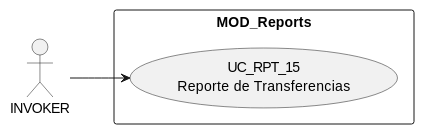
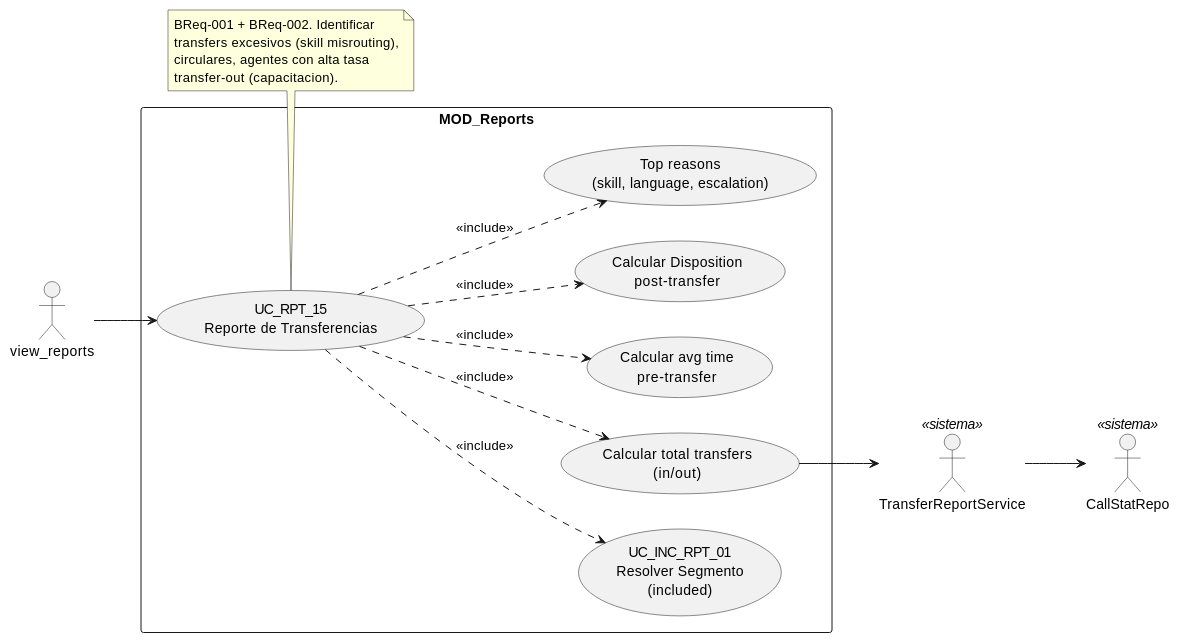
Before and after one commit to jcg-admin/IACT-docs: the diagram in source/requisitos/casos-uso/reports/uc-rpt-15/diagramas-uml/diagrama-de-caso-de-uso.rst, drawn with PlantUML. The commit also changed 8 other files, not shown here.

```diff
--- a/source/requisitos/casos-uso/reports/uc-rpt-15/diagramas-uml/diagrama-de-caso-de-uso.rst
+++ b/source/requisitos/casos-uso/reports/uc-rpt-15/diagramas-uml/diagrama-de-caso-de-uso.rst
@@ -4,22 +4,38 @@
 .. uml::
  :caption: UC_RPT_15 — actores y casos asociados
 
  @startuml
 
  left to right direction
 
- ' TODO (use-case-view-uml07-rebuild Nivel A): completar
- ' actores (INVOKER + beneficiarios + Sistema), sub-usecases
- ' (validaciones, side-effects, audit emit), relaciones
- ' (`<<include>>`, `<<extend>>`) y notas referenciando BRs/CNSTs.
- ' Ver patron canonico en uc-acc-01/diagramas-uml/diagrama-de-caso-de-uso.rst.
-
- actor "INVOKER" as INVOKER
+ actor "view_reports" as INVOKER
+ actor "TransferReportService" as SVC <<sistema>>
+ actor "CallStatRepo" as REPO <<sistema>>
 
  rectangle "MOD_Reports" {
    usecase "UC_RPT_15\nReporte de Transferencias" as UC_RPT_15
+   usecase "UC_INC_RPT_01\nResolver Segmento\n(included)" as UC_INC_RPT_01
+   usecase "Calcular total transfers\n(in/out)" as METRIC_TOTAL
+   usecase "Calcular avg time\npre-transfer" as METRIC_PRETIME
+   usecase "Calcular Disposition\npost-transfer" as METRIC_POST
+   usecase "Top reasons\n(skill, language, escalation)" as METRIC_REASONS
  }
 
  INVOKER --> UC_RPT_15
+ UC_RPT_15 ..> UC_INC_RPT_01 : <<include>>
+ UC_RPT_15 ..> METRIC_TOTAL : <<include>>
+ UC_RPT_15 ..> METRIC_PRETIME : <<include>>
+ UC_RPT_15 ..> METRIC_POST : <<include>>
+ UC_RPT_15 ..> METRIC_REASONS : <<include>>
+
+ METRIC_TOTAL --> SVC
+ SVC --> REPO
+
+ note bottom of UC_RPT_15
+   BReq-001 + BReq-002. Identificar
+   transfers excesivos (skill misrouting),
+   circulares, agentes con alta tasa
+   transfer-out (capacitacion).
+ end note
 
  @enduml
```
